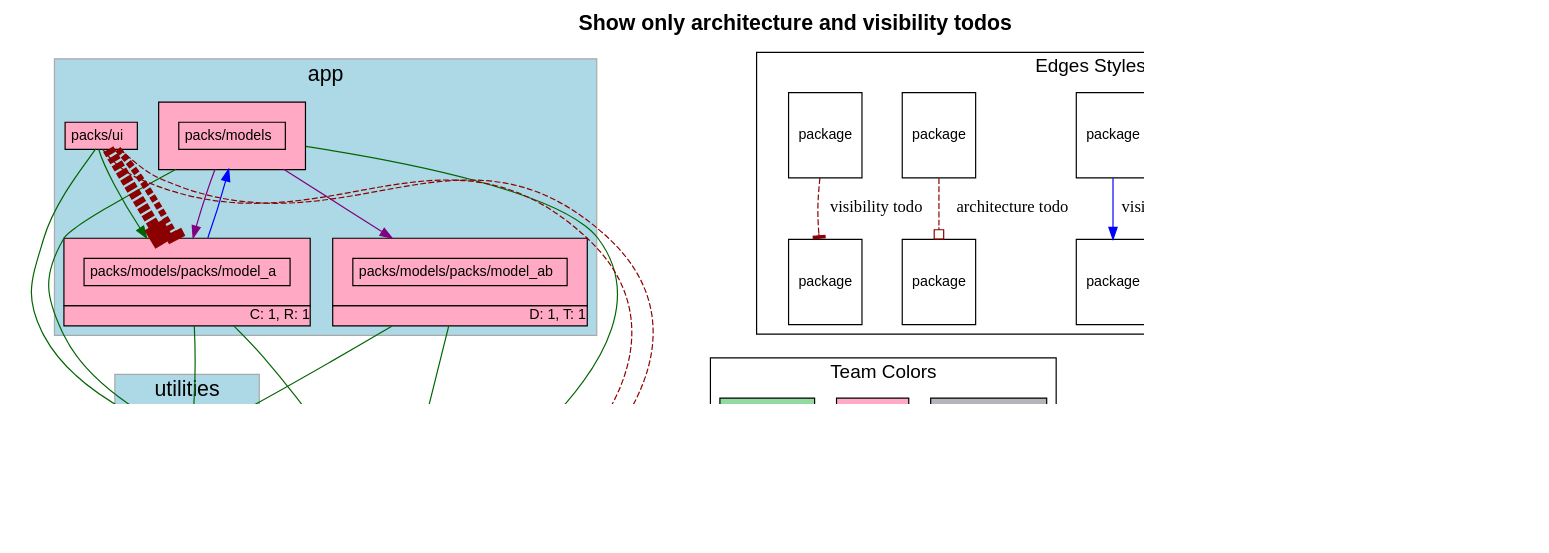
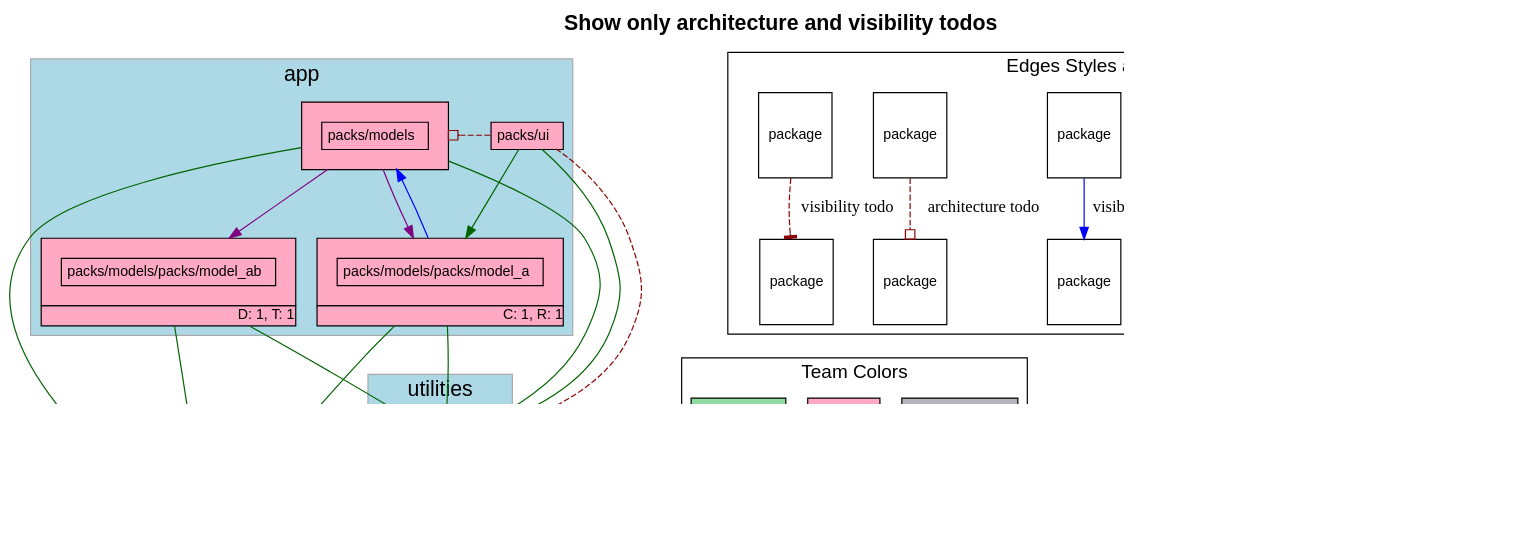
Before and after one commit to rubyatscale/visualize_packs: the diagram in spec/sample_app1/test_output/relationship_todo_types.dot, drawn with Graphviz. The commit also changed 6 other files, not shown here.

Commit message:
Updated diagrams

```diff
--- a/spec/sample_app1/test_output/relationship_todo_types.dot
+++ b/spec/sample_app1/test_output/relationship_todo_types.dot
@@ -144,26 +144,16 @@
           "packs/models/packs/model_ab" -> "." [ color=darkgreen ]
           "packs/ui" -> "packs/models/packs/model_a" [ color=darkgreen ]
           "packs/ui" -> "packs/utility" [ color=darkgreen ]
-            "packs/ui" -> "." [
+            "packs/ui" -> "packs/utility" [
+                constraint=false
+              # headlabel="visibility"
+color=darkred style=dashed arrowhead=tee
+              penwidth=1            ]
+            "packs/ui" -> "packs/models" [
                 constraint=false
               # headlabel="architecture"
 color=darkred style=dashed arrowhead=obox
-              penwidth=1.0            ]
-            "packs/ui" -> "." [
-                constraint=false
-              # headlabel="visibility"
-color=darkred style=dashed arrowhead=tee
-              penwidth=1.0            ]
-            "packs/ui" -> "packs/models/packs/model_a" [
-                constraint=false
-              # headlabel="architecture"
-color=darkred style=dashed arrowhead=obox
-              penwidth=10.0            ]
-            "packs/ui" -> "packs/models/packs/model_a" [
-                constraint=false
-              # headlabel="visibility"
-color=darkred style=dashed arrowhead=tee
-              penwidth=5.5            ]
+              penwidth=1            ]
           "packs/models" -> "packs/models/packs/model_a" [ color=purple ]
           "packs/models" -> "packs/models/packs/model_ab" [ color=purple ]
         "packs/models/packs/model_a" -> "packs/models" [ color=blue constraint=false ]
@@ -173,12 +163,12 @@
       A [ fontsize=12 shape=box label="package"]
       B [ fontsize=12 shape=box label="package"]
       A -> B [label="accepted dependency" color=darkgreen]
-      K [ fontsize=12 shape=box label="package"]
-      L [ fontsize=12 shape=box label="package"]
-      K -> L [label="nested package" color=purple]
       M [ fontsize=12 shape=box label="package"]
       N [ fontsize=12 shape=box label="package"]
-      M -> N [label="visibile to" color=blue]
+      M -> N [label="nested package" color=purple]
+      O [ fontsize=12 shape=box label="package"]
+      P [ fontsize=12 shape=box label="package"]
+      O -> P [label="visibile to" color=blue]
       E [ fontsize=12 shape=box label="package"]
       F [ fontsize=12 shape=box label="package"]
       E -> F [label="architecture todo" color=darkred style=dashed arrowhead=obox]
```
